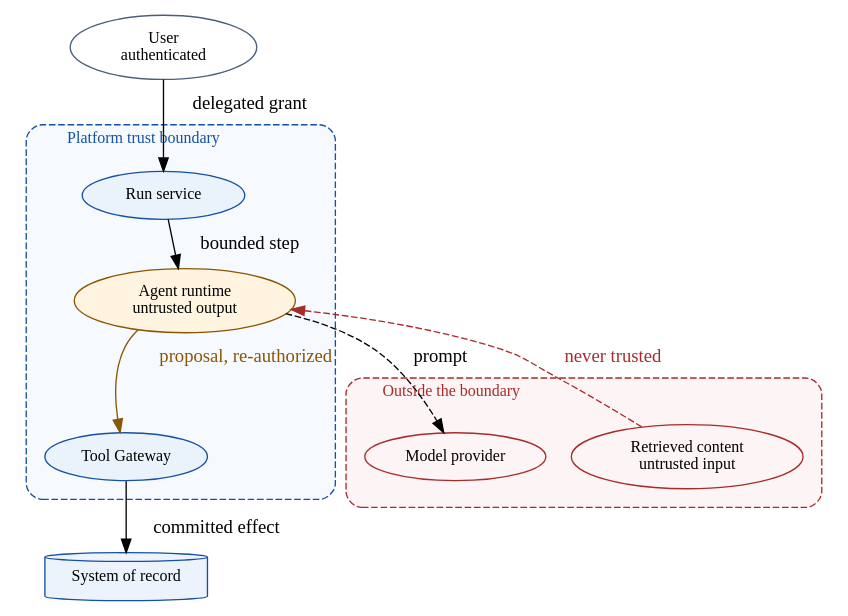
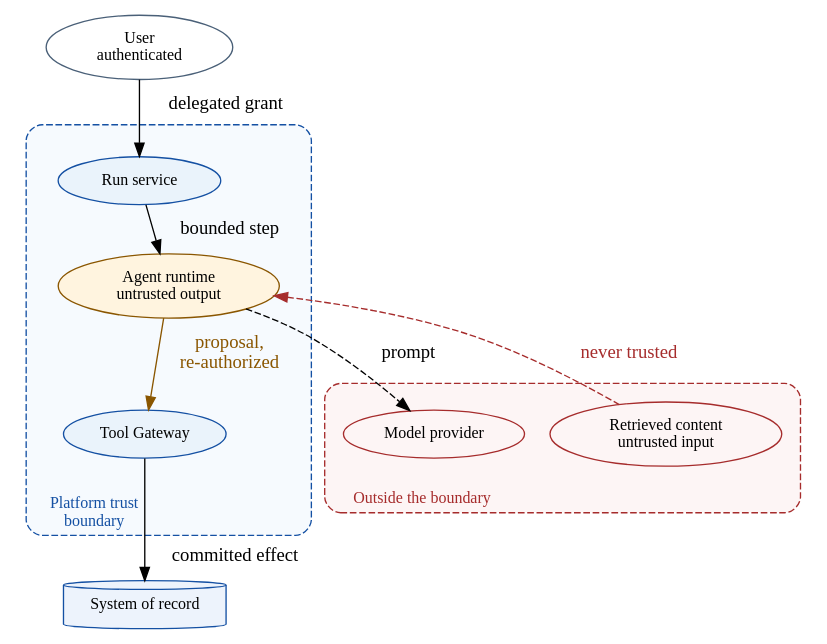
The diagram in assets/diagrams/src/security-boundaries.gv (rrahimi-uci/building-enterprise-general-intelligence), drawn with Graphviz before and after one commit. The commit also changed 84 other files, not shown here.

First line of the commit message:
Fix print-scale figure, cover, and table layout defects (pass 2, P2-C)

```diff
--- a/assets/diagrams/src/security-boundaries.gv
+++ b/assets/diagrams/src/security-boundaries.gv
@@ -1,31 +1,32 @@
 // Figure 20-2 — Agentic security trust boundaries.
 // Message: trust is not inherited through the chain. Each crossing re-checks,
 // because authenticating the user does not authorize the agent.
+// Cluster labels sit clear of the edges that enter each boundary.
 digraph security_boundaries {
   rankdir = TB
   graph [ranksep=0.30, nodesep=0.26]
   node [width=1.7, fontsize=12]
 
   user [label="User\nauthenticated", fillcolor="#EEF4FA", color="#4A6078"]
   subgraph cluster_trusted {
-    label="  Platform trust boundary  "; labeljust="l"; fontsize=12; fontcolor="#1450A3"
-    color="#1450A3"; style="rounded,dashed"; margin=14; bgcolor="#F6FAFE"
+    label="Platform trust\nboundary"; labeljust="l"; labelloc="b"; fontsize=12; fontcolor="#1450A3"
+    color="#1450A3"; style="rounded,dashed"; margin=24; bgcolor="#F6FAFE"
     run [label="Run service", fillcolor="#EAF3FB", color="#1450A3", style=filled]
     agent [label="Agent runtime\nuntrusted output", fillcolor="#FFF4DF", color="#8A5600", style=filled]
     tool [label="Tool Gateway", fillcolor="#EAF3FB", color="#1450A3", style=filled]
   }
   subgraph cluster_external {
-    label="  Outside the boundary  "; labeljust="l"; fontsize=12; fontcolor="#A62C2C"
+    label="Outside the boundary"; labeljust="l"; labelloc="b"; fontsize=12; fontcolor="#A62C2C"
     color="#A62C2C"; style="rounded,dashed"; margin=14; bgcolor="#FDF5F5"
     model [label="Model provider", fillcolor="#FCECEC", color="#A62C2C"]
     docs [label="Retrieved content\nuntrusted input", fillcolor="#FCECEC", color="#A62C2C"]
   }
   sys [label="System of record", fillcolor="#EDF3FC", color="#1450A3", shape=cylinder, style=filled]
 
   user -> run [label="  delegated grant  "]
   run -> agent [label="  bounded step  "]
   agent -> model [label="  prompt  ", style=dashed]
   docs -> agent [label="  never trusted  ", color="#A62C2C", fontcolor="#A62C2C", style=dashed]
-  agent -> tool [label="  proposal, re-authorized  ", color="#8A5600", fontcolor="#8A5600"]
+  agent -> tool [label=" proposal,\n re-authorized", color="#8A5600", fontcolor="#8A5600"]
   tool -> sys [label="  committed effect  "]
 }
```
